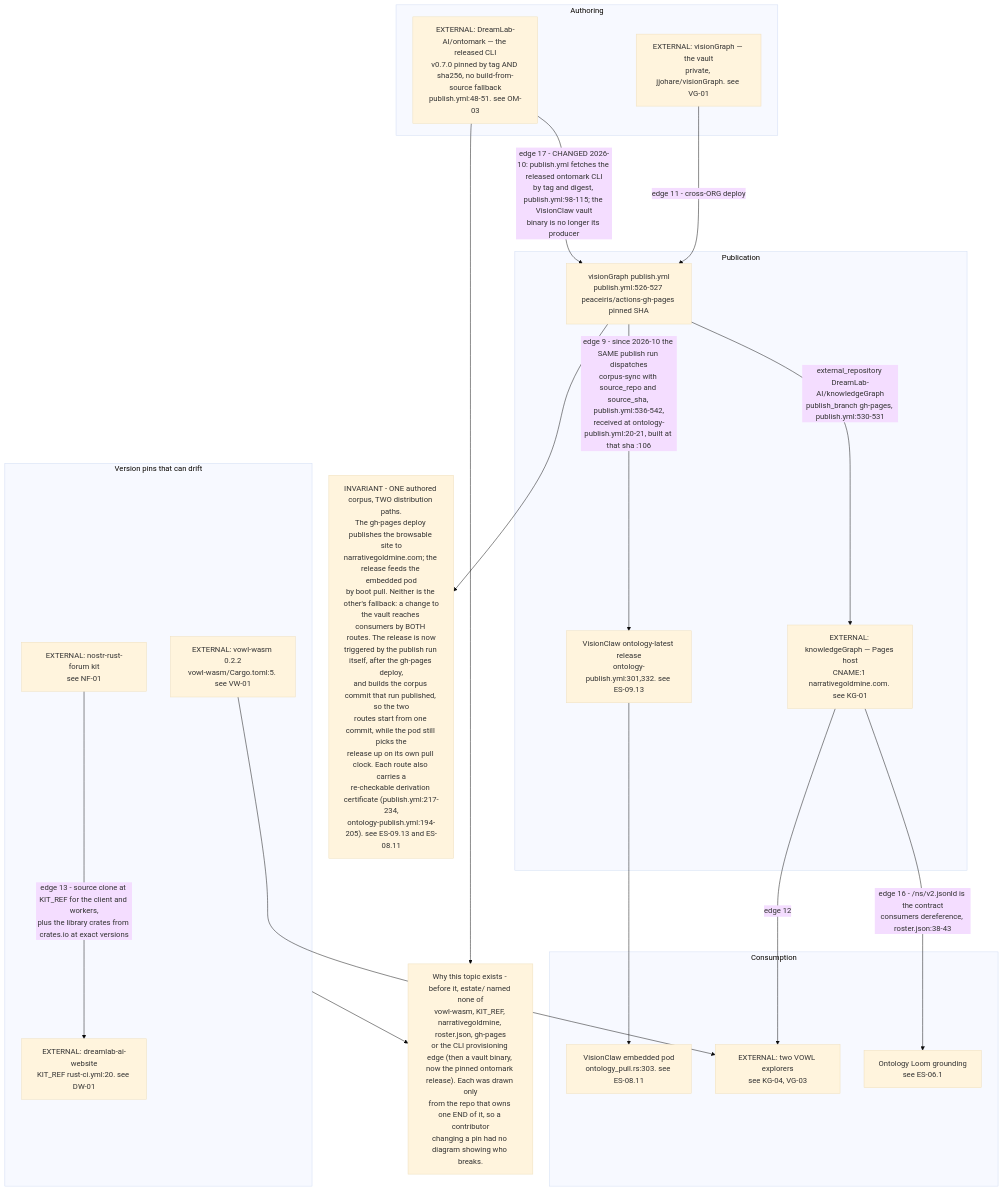
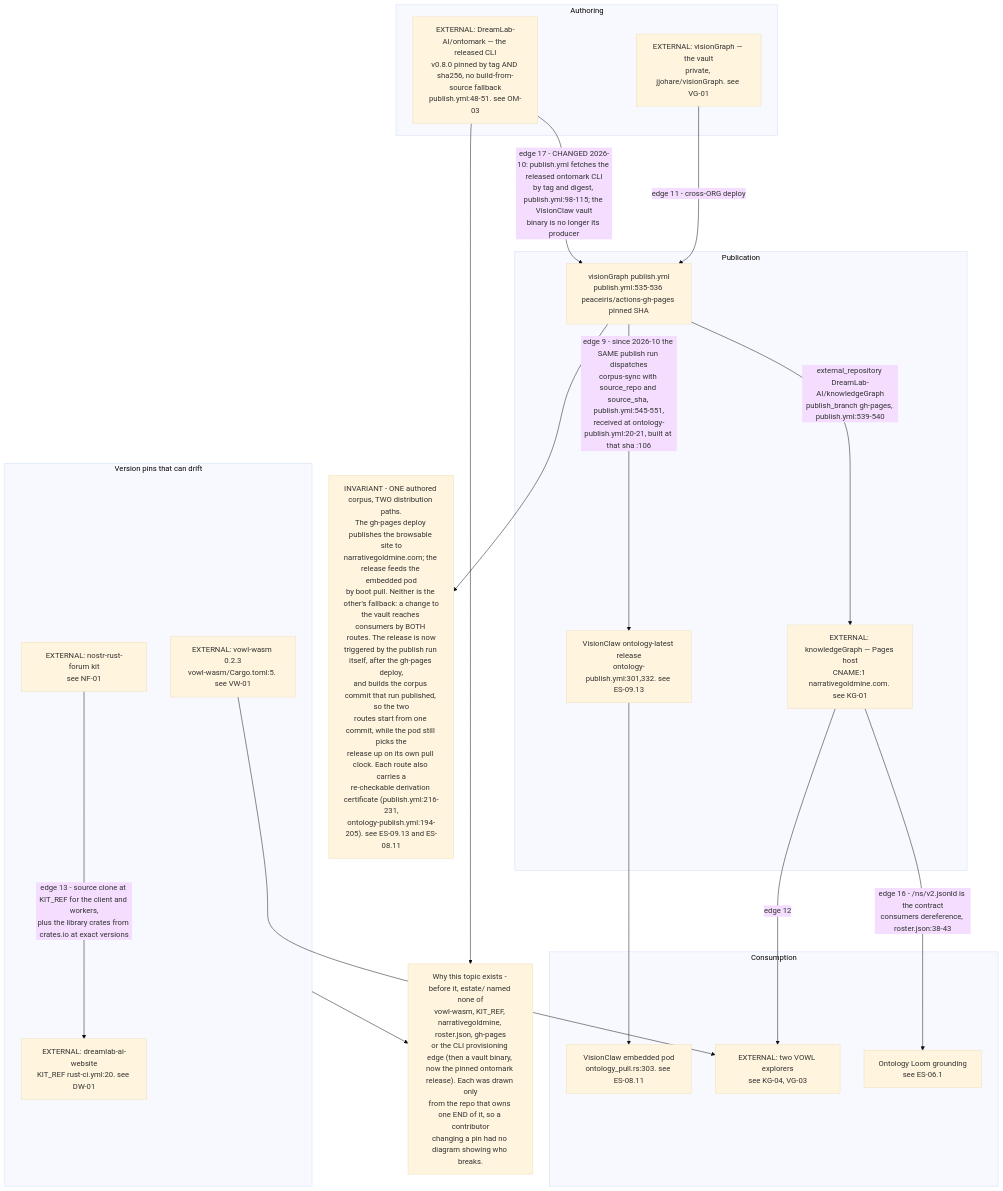
Before and after one commit to DreamLab-AI/VisionFlow: the first of 5 diagrams in docs/diagrams/estate/11-publishing-axis.md, drawn with Mermaid (base theme). The commit also changed other lines of this file and 49 other files, not shown here.

First line of the commit message:
docs(diagrams): re-derive and re-stamp VisionClaw, estate, knowledge-graph, visionGraph, VisionFlow and sidestr topics

````diff
--- a/docs/diagrams/estate/11-publishing-axis.md
+++ b/docs/diagrams/estate/11-publishing-axis.md
@@ -29,39 +29,39 @@
 ```mermaid
 flowchart TB
     subgraph AUTHOR["Authoring"]
         VG["EXTERNAL: visionGraph — the vault<br/>private, jjohare/visionGraph. see VG-01"]
-        OM["EXTERNAL: DreamLab-AI/ontomark — the released CLI<br/>v0.7.0 pinned by tag AND sha256, no build-from-source fallback<br/>publish.yml:48-51. see OM-03"]
+        OM["EXTERNAL: DreamLab-AI/ontomark — the released CLI<br/>v0.8.0 pinned by tag AND sha256, no build-from-source fallback<br/>publish.yml:48-51. see OM-03"]
     end
     subgraph PUB["Publication"]
-        PUBYML["visionGraph publish.yml<br/>publish.yml:526-527 peaceiris/actions-gh-pages pinned SHA"]
+        PUBYML["visionGraph publish.yml<br/>publish.yml:535-536 peaceiris/actions-gh-pages pinned SHA"]
         KG["EXTERNAL: knowledgeGraph — Pages host<br/>CNAME:1 narrativegoldmine.com. see KG-01"]
         REL["VisionClaw ontology-latest release<br/>ontology-publish.yml:301,332. see ES-09.13"]
     end
     subgraph CONSUME["Consumption"]
         POD["VisionClaw embedded pod<br/>ontology_pull.rs:303. see ES-08.11"]
         EXPL["EXTERNAL: two VOWL explorers<br/>see KG-04, VG-03"]
         LOOM["Ontology Loom grounding<br/>see ES-06.1"]
     end
     subgraph PINS["Version pins that can drift"]
-        VW["EXTERNAL: vowl-wasm 0.2.2<br/>vowl-wasm/Cargo.toml:5. see VW-01"]
+        VW["EXTERNAL: vowl-wasm 0.2.3<br/>vowl-wasm/Cargo.toml:5. see VW-01"]
         NF["EXTERNAL: nostr-rust-forum kit<br/>see NF-01"]
         DW["EXTERNAL: dreamlab-ai-website<br/>KIT_REF rust-ci.yml:20. see DW-01"]
     end
 
     OM -->|"edge 17 - CHANGED 2026-10: publish.yml fetches the released ontomark CLI<br/>by tag and digest, publish.yml:98-115; the VisionClaw vault<br/>binary is no longer its producer"| PUBYML
     VG -->|"edge 11 - cross-ORG deploy"| PUBYML
-    PUBYML -->|"external_repository DreamLab-AI/knowledgeGraph<br/>publish_branch gh-pages, publish.yml:530-531"| KG
-    PUBYML -->|"edge 9 - since 2026-10 the SAME publish run dispatches<br/>corpus-sync with source_repo and source_sha, publish.yml:536-542,<br/>received at ontology-publish.yml:20-21, built at that sha :106"| REL
+    PUBYML -->|"external_repository DreamLab-AI/knowledgeGraph<br/>publish_branch gh-pages, publish.yml:539-540"| KG
+    PUBYML -->|"edge 9 - since 2026-10 the SAME publish run dispatches<br/>corpus-sync with source_repo and source_sha, publish.yml:545-551,<br/>received at ontology-publish.yml:20-21, built at that sha :106"| REL
     REL --> POD
     KG -->|"edge 16 - /ns/v2.jsonld is the contract<br/>consumers dereference, roster.json:38-43"| LOOM
     KG -->|"edge 12"| EXPL
     VW --> EXPL
     NF -->|"edge 13 - source clone at KIT_REF for the client and workers,<br/>plus the library crates from crates.io at exact versions"| DW
 
-    INV["INVARIANT - ONE authored corpus, TWO distribution paths.<br/>The gh-pages deploy publishes the browsable site to<br/>narrativegoldmine.com; the release feeds the embedded pod<br/>by boot pull. Neither is the other's fallback: a change to<br/>the vault reaches consumers by BOTH routes. The release is now<br/>triggered by the publish run itself, after the gh-pages deploy,<br/>and builds the corpus commit that run published, so the two<br/>routes start from one commit, while the pod still picks the<br/>release up on its own pull clock. Each route also carries a<br/>re-checkable derivation certificate (publish.yml:217-234,<br/>ontology-publish.yml:194-205). see ES-09.13 and ES-08.11"]
+    INV["INVARIANT - ONE authored corpus, TWO distribution paths.<br/>The gh-pages deploy publishes the browsable site to<br/>narrativegoldmine.com; the release feeds the embedded pod<br/>by boot pull. Neither is the other's fallback: a change to<br/>the vault reaches consumers by BOTH routes. The release is now<br/>triggered by the publish run itself, after the gh-pages deploy,<br/>and builds the corpus commit that run published, so the two<br/>routes start from one commit, while the pod still picks the<br/>release up on its own pull clock. Each route also carries a<br/>re-checkable derivation certificate (publish.yml:216-231,<br/>ontology-publish.yml:194-205). see ES-09.13 and ES-08.11"]
     GAP["Why this topic exists - before it, estate/ named none of<br/>vowl-wasm, KIT_REF, narrativegoldmine, roster.json, gh-pages<br/>or the CLI provisioning edge (then a vault binary, now the pinned ontomark release). Each was drawn only<br/>from the repo that owns one END of it, so a contributor<br/>changing a pin had no diagram showing who breaks."]
 
     PUBYML --> INV
     PINS --> GAP
     OM --> GAP
 ```
````
